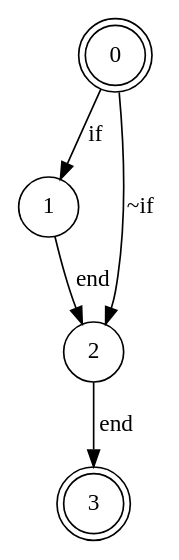
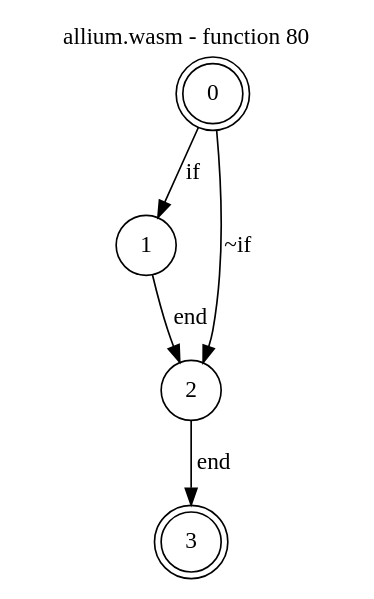
Before and after one commit to jsCarleton/wanalyze: the diagram in test_cases/allium/funcs/allium-func80.dot, drawn with Graphviz. The commit also changed 2386 other files, not shown here.

```diff
--- a/test_cases/allium/funcs/allium-func80.dot
+++ b/test_cases/allium/funcs/allium-func80.dot
@@ -1,8 +1,13 @@
 digraph finite_state_machine {
+    label = "allium.wasm - function 80"
+    labelloc =  t
+    labelfontsize = 16
+    labelfontcolor = black
+    labelfontname = "Helvetica"
     node [shape = doublecircle]; 0 3;
     node [shape = circle];
     0 -> 1[label = "if"];
     0 -> 2[label = "~if"];
     1 -> 2[label = "end"];
     2 -> 3[label = "end"];
 }
```
